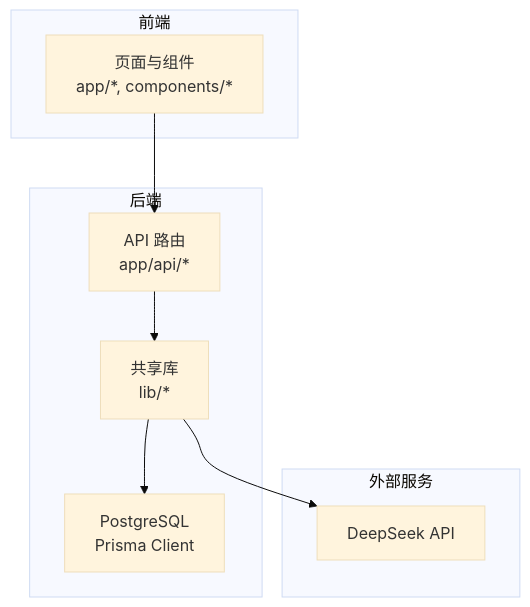
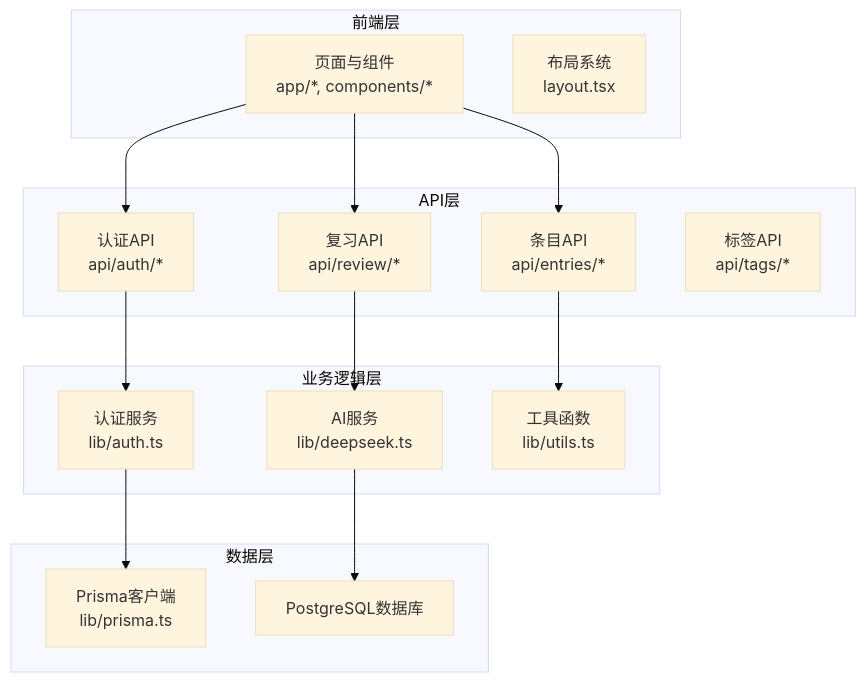
The first of 8 diagrams in .qoder/repowiki/zh/content/项目概述.md (kangkang919/xinya), drawn with Mermaid (base theme) before and after one commit. The commit also changed other lines of this file and 6 other files, not shown here.

````diff
--- a/.qoder/repowiki/zh/content/项目概述.md
+++ b/.qoder/repowiki/zh/content/项目概述.md
@@ -76,18 +108,30 @@
 ```mermaid
 graph TB
-subgraph "前端"
+subgraph "前端层"
 UI["页面与组件<br/>app/*, components/*"]
+Layout["布局系统<br/>layout.tsx"]
 end
-subgraph "后端"
-API["API 路由<br/>app/api/*"]
-Lib["共享库<br/>lib/*"]
-DB["PostgreSQL<br/>Prisma Client"]
+subgraph "API层"
+AuthAPI["认证API<br/>api/auth/*"]
+EntryAPI["条目API<br/>api/entries/*"]
+ReviewAPI["复习API<br/>api/review/*"]
+TagAPI["标签API<br/>api/tags/*"]
 end
-subgraph "外部服务"
-DS["DeepSeek API"]
+subgraph "业务逻辑层"
+AuthService["认证服务<br/>lib/auth.ts"]
+DeepSeekService["AI服务<br/>lib/deepseek.ts"]
+Utils["工具函数<br/>lib/utils.ts"]
 end
-UI --> API
-API --> Lib
-Lib --> DB
-Lib --> DS
+subgraph "数据层"
+PrismaClient["Prisma客户端<br/>lib/prisma.ts"]
+PostgreSQL["PostgreSQL数据库"]
+end
+UI --> AuthAPI
+UI --> EntryAPI
+UI --> ReviewAPI
+AuthAPI --> AuthService
+EntryAPI --> Utils
+ReviewAPI --> DeepSeekService
+AuthService --> PrismaClient
+DeepSeekService --> PostgreSQL
 ```
````
